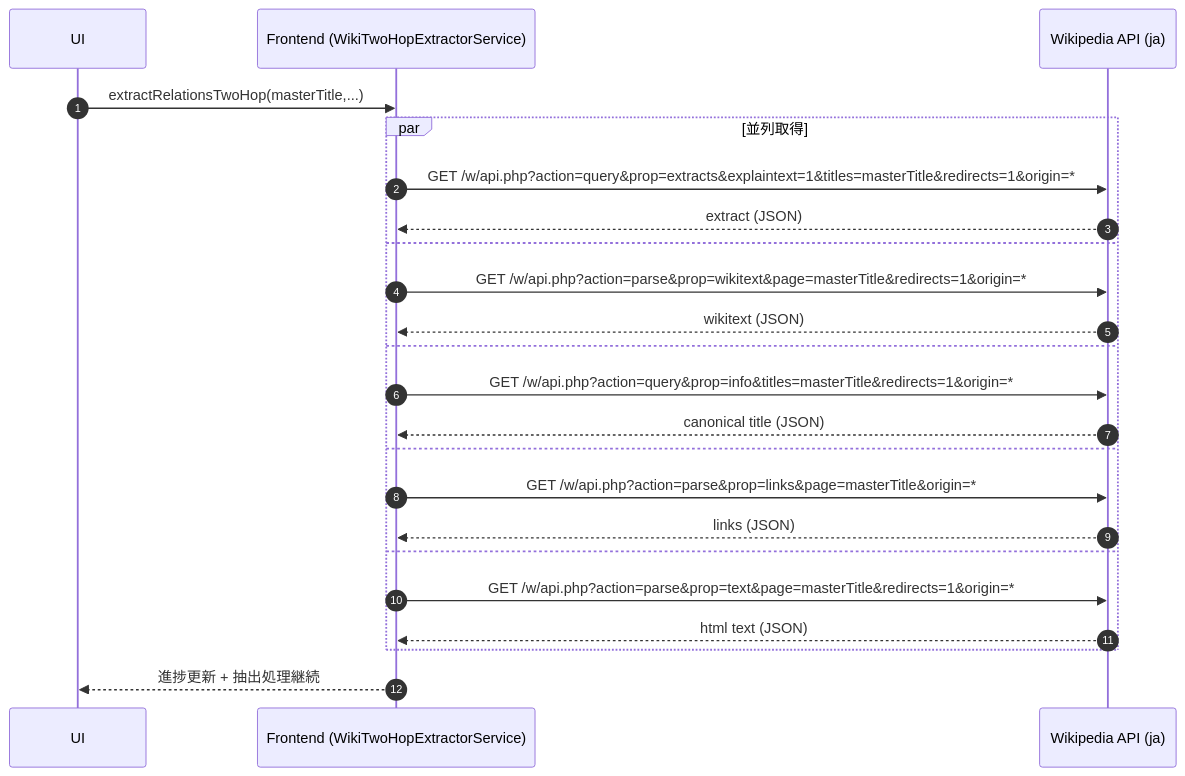
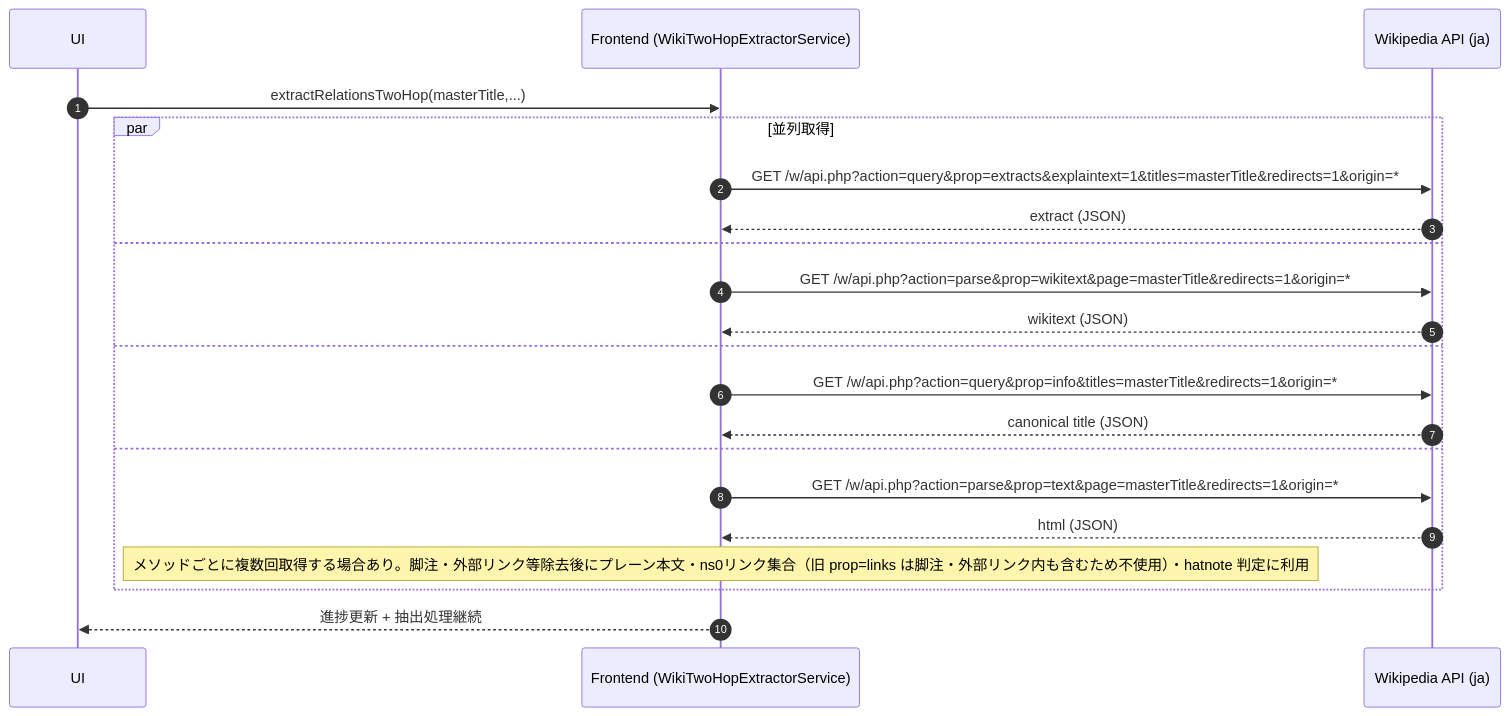
Before and after one commit to 5avvadaJ1r0/people_relation: the tenth of 13 diagrams in doc/api.md, drawn with Mermaid. The commit also changed other lines of this file and 7 other files, not shown here.

````diff
--- a/doc/api.md
+++ b/doc/api.md
@@ -495,26 +508,24 @@
 ```mermaid
 sequenceDiagram
     autonumber
     participant UI as UI
     participant FE as Frontend (WikiTwoHopExtractorService)
     participant WP as Wikipedia API (ja)
 
     UI->>FE: extractRelationsTwoHop(masterTitle,...)
     par 並列取得
         FE->>WP: GET /w/api.php?action=query&prop=extracts&explaintext=1&titles=masterTitle&redirects=1&origin=*
         WP-->>FE: extract (JSON)
     and
         FE->>WP: GET /w/api.php?action=parse&prop=wikitext&page=masterTitle&redirects=1&origin=*
         WP-->>FE: wikitext (JSON)
     and
         FE->>WP: GET /w/api.php?action=query&prop=info&titles=masterTitle&redirects=1&origin=*
         WP-->>FE: canonical title (JSON)
     and
-        FE->>WP: GET /w/api.php?action=parse&prop=links&page=masterTitle&origin=*
-        WP-->>FE: links (JSON)
-    and
         FE->>WP: GET /w/api.php?action=parse&prop=text&page=masterTitle&redirects=1&origin=*
-        WP-->>FE: html text (JSON)
+        WP-->>FE: html (JSON)
+        Note over FE: メソッドごとに複数回取得する場合あり。脚注・外部リンク等除去後にプレーン本文・ns0リンク集合（旧 prop=links は脚注・外部リンク内も含むため不使用）・hatnote 判定に利用
     end
     FE-->>UI: 進捗更新 + 抽出処理継続
 ```
````
